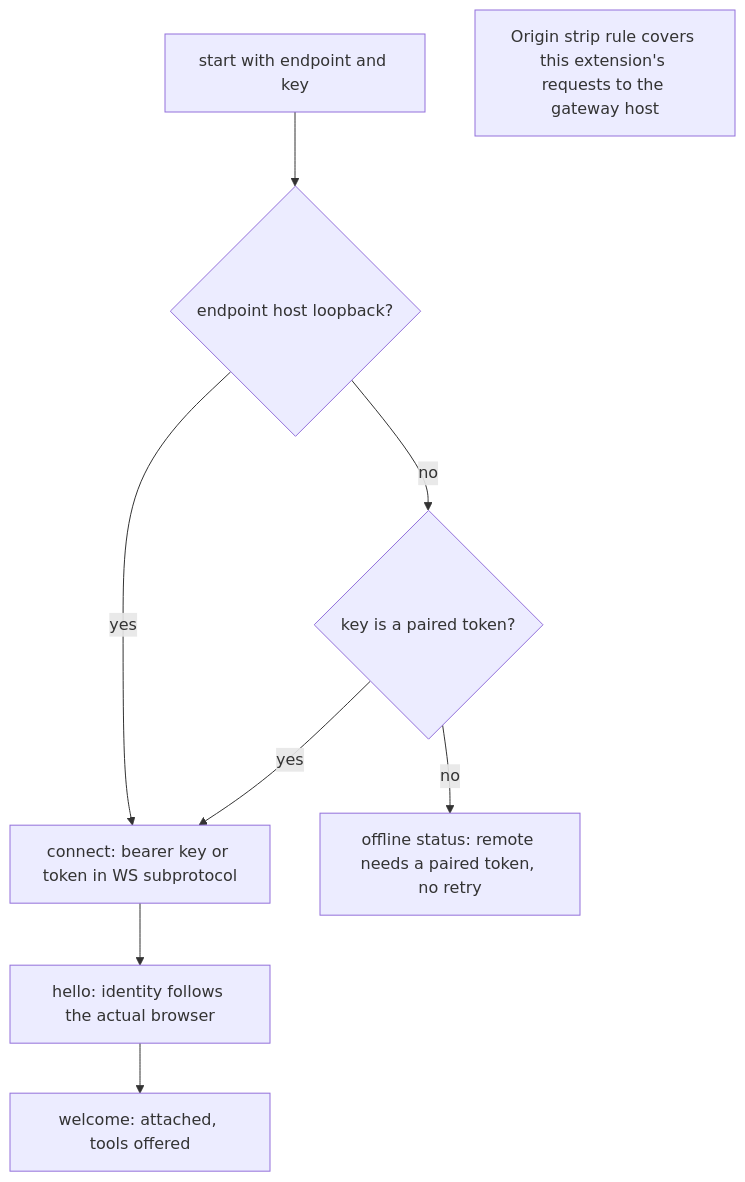
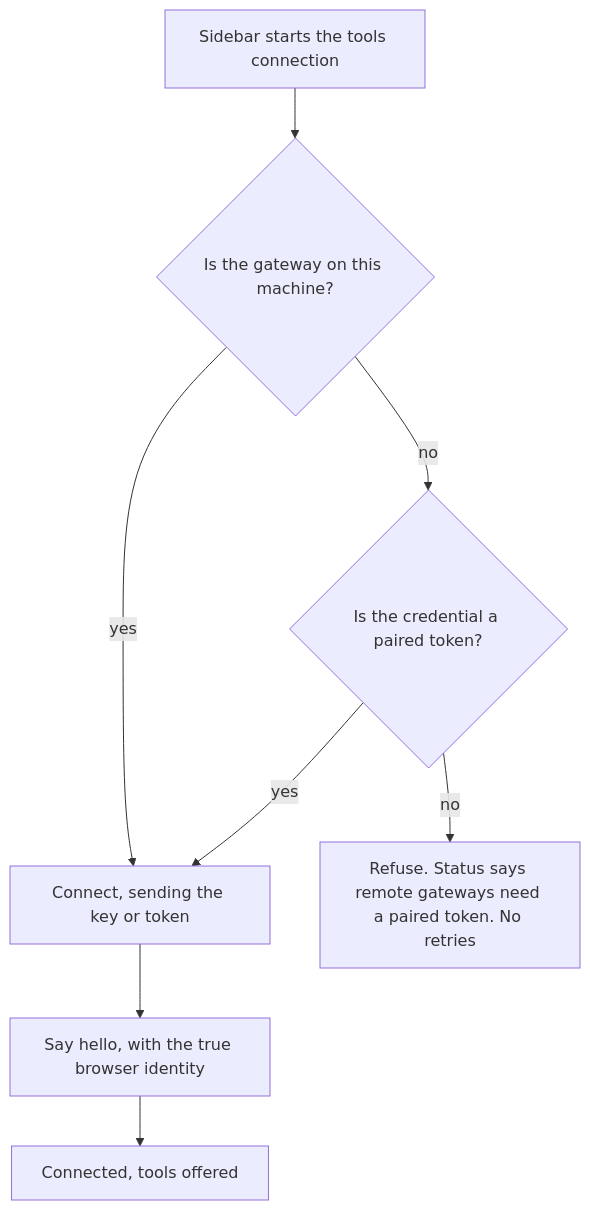
Before and after one commit to codepilots/hermes-sidebar: the fifth of 5 diagrams in AUDIT.md, drawn with Mermaid. The commit also changed other lines of this file and 3 other files, not shown here.

````diff
--- a/AUDIT.md
+++ b/AUDIT.md
@@ -145,11 +456,10 @@
 ```mermaid
 flowchart TD
-  ST[start with endpoint and key] --> LB{endpoint host loopback?}
-  LB -- yes --> CN[connect: bearer key or token in WS subprotocol]
-  LB -- no --> TK{key is a paired token?}
+  ST[Sidebar starts the tools connection] --> LB{Is the gateway on this machine?}
+  LB -- yes --> CN[Connect, sending the key or token]
+  LB -- no --> TK{Is the credential a paired token?}
   TK -- yes --> CN
-  TK -- no --> RF[offline status: remote needs a paired token, no retry]
-  CN --> HEL[hello: identity follows the actual browser]
-  HEL --> WEL[welcome: attached, tools offered]
-  Note1[Origin strip rule covers this extension's requests to the gateway host]
+  TK -- no --> RF[Refuse. Status says remote gateways need a paired token. No retries]
+  CN --> HEL[Say hello, with the true browser identity]
+  HEL --> WEL[Connected, tools offered]
 ```
````
